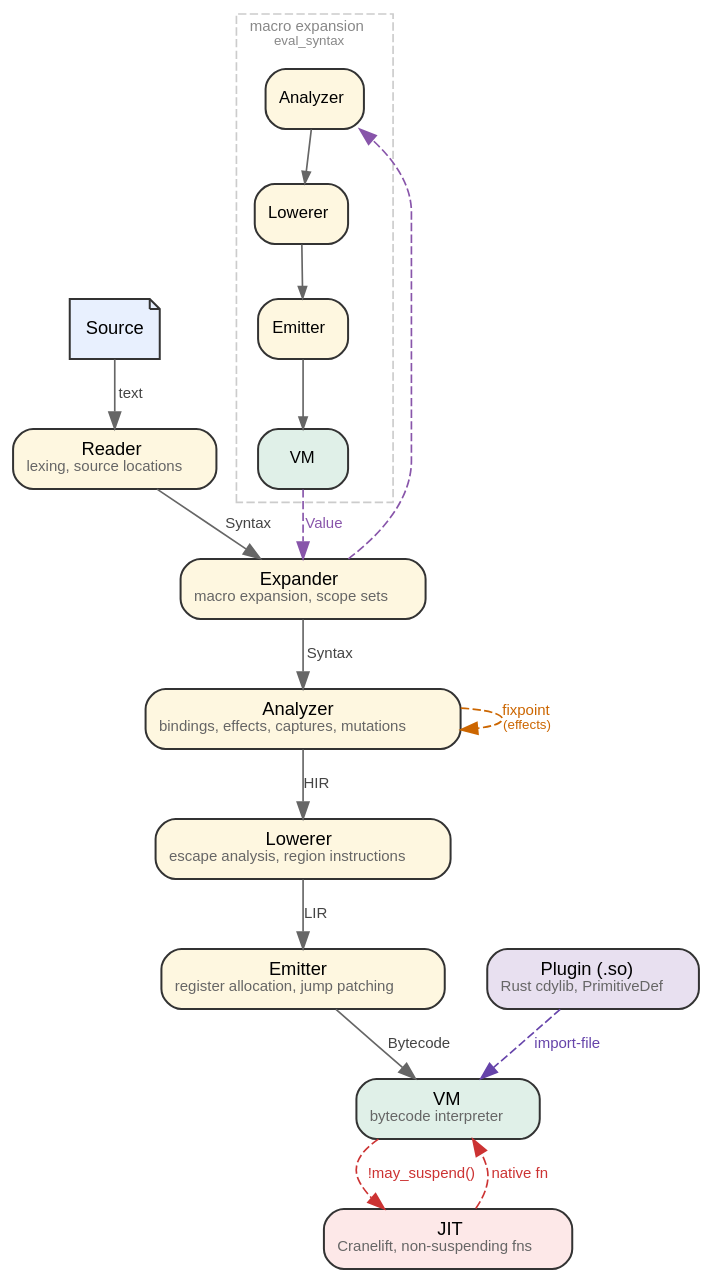
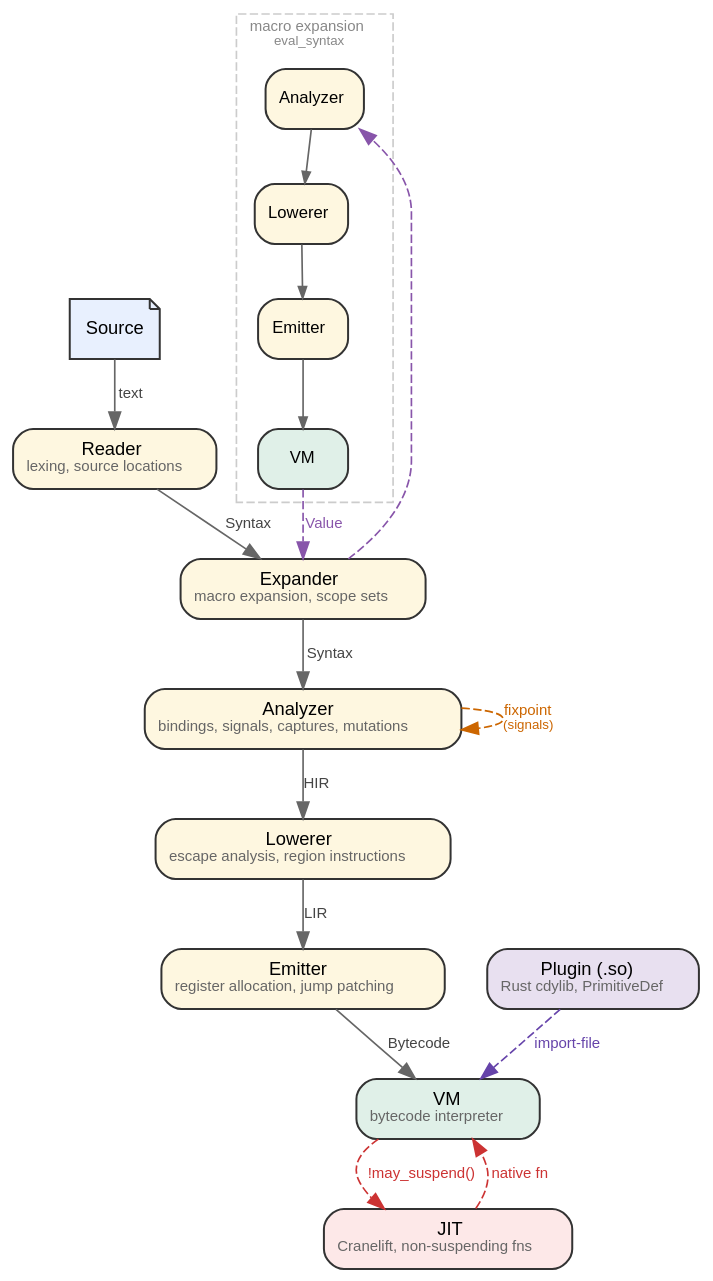
One commit to elle-lisp/elle changed the diagram in docs/pipeline.dot. Above: the diagram before and after it, drawn with Graphviz. The commit also changed 186 other files, not shown here.

First line of the commit message:
rename: effects → signals (#564)

```diff
--- a/docs/pipeline.dot
+++ b/docs/pipeline.dot
@@ -1,90 +1,90 @@
 // Elle compilation pipeline
 //
 // Build: dot -Tsvg docs/pipeline.dot -o docs/pipeline.svg
 
 digraph pipeline {
     rankdir=TB
     bgcolor="transparent"
     fontname="Helvetica"
     nodesep=0.35
     ranksep=0.45
     node [fontname="Helvetica" fontsize=11 shape=box
           style="rounded,filled" fillcolor="#fef7e0"
           color="#333333" penwidth=1.2]
     edge [fontname="Helvetica" fontsize=9 color="#666666"
           fontcolor="#444444"]
 
     // ── Stages ─────────────────────────────────────────────────────
     //
     // Each node is a pass. Intermediate representations are edge
     // labels — they're outputs, not stages.
 
     source  [label="Source" fillcolor="#e8f0fe"
              shape=note]
 
     reader  [label=<Reader<br/><font point-size="9" color="#666666">lexing, source locations</font>>]
 
     expand  [label=<Expander<br/><font point-size="9" color="#666666">macro expansion, scope sets</font>>]
 
-    analyze [label=<Analyzer<br/><font point-size="9" color="#666666">bindings, effects, captures, mutations</font>>]
+    analyze [label=<Analyzer<br/><font point-size="9" color="#666666">bindings, signals, captures, mutations</font>>]
 
     lower   [label=<Lowerer<br/><font point-size="9" color="#666666">escape analysis, region instructions</font>>]
 
     emit    [label=<Emitter<br/><font point-size="9" color="#666666">register allocation, jump patching</font>>]
 
     vm      [label=<VM<br/><font point-size="9" color="#666666">bytecode interpreter</font>>
              fillcolor="#e0f0e8"]
 
     // ── Main flow ──────────────────────────────────────────────────
 
     source  -> reader                [label="text"]
     reader  -> expand                [label="Syntax"]
     expand  -> analyze               [label="Syntax"]
     analyze -> lower                 [label="HIR"]
     lower   -> emit                  [label="LIR"]
     emit    -> vm                    [label="Bytecode"]
 
     // ── Fixpoint loop ──────────────────────────────────────────────
 
-    analyze -> analyze [label=<fixpoint<br/><font point-size="8">(effects)</font>>
+    analyze -> analyze [label=<fixpoint<br/><font point-size="8">(signals)</font>>
                         style=dashed color="#cc6600"
                         fontcolor="#cc6600" constraint=false]
 
     // ── Macro expansion ────────────────────────────────────────────
 
     subgraph cluster_macro {
         label=<macro expansion<br/><font point-size="8">eval_syntax</font>>
         labeljust=l fontsize=9 fontcolor="#888888"
         color="#cccccc" style=dashed
 
         m_analyze [label=<Analyzer> fontsize=10]
         m_lower   [label=<Lowerer>  fontsize=10]
         m_emit    [label=<Emitter>  fontsize=10]
         m_vm      [label=<VM>       fontsize=10 fillcolor="#e0f0e8"]
 
         m_analyze -> m_lower -> m_emit -> m_vm [arrowsize=0.7]
     }
 
     expand  -> m_analyze  [style=dashed color="#8855aa"
                            fontcolor="#8855aa"]
     m_vm    -> expand     [label="Value" style=dashed
                            color="#8855aa" fontcolor="#8855aa"]
 
     // ── JIT ────────────────────────────────────────────────────────
 
     jit [label=<JIT<br/><font point-size="9" color="#666666">Cranelift, non-suspending fns</font>>
          fillcolor="#fde8e8"]
 
     vm  -> jit [label="!may_suspend()" style=dashed
                 color="#cc3333" fontcolor="#cc3333"]
     jit -> vm  [label="native fn" style=dashed
                 color="#cc3333" fontcolor="#cc3333"]
 
     // ── Plugins ────────────────────────────────────────────────────
 
     plugin [label=<Plugin (.so)<br/><font point-size="9" color="#666666">Rust cdylib, PrimitiveDef</font>>
             fillcolor="#e8e0f0"]
 
     plugin -> vm [label="import-file" style=dashed
                   color="#6644aa" fontcolor="#6644aa"]
 }
```
